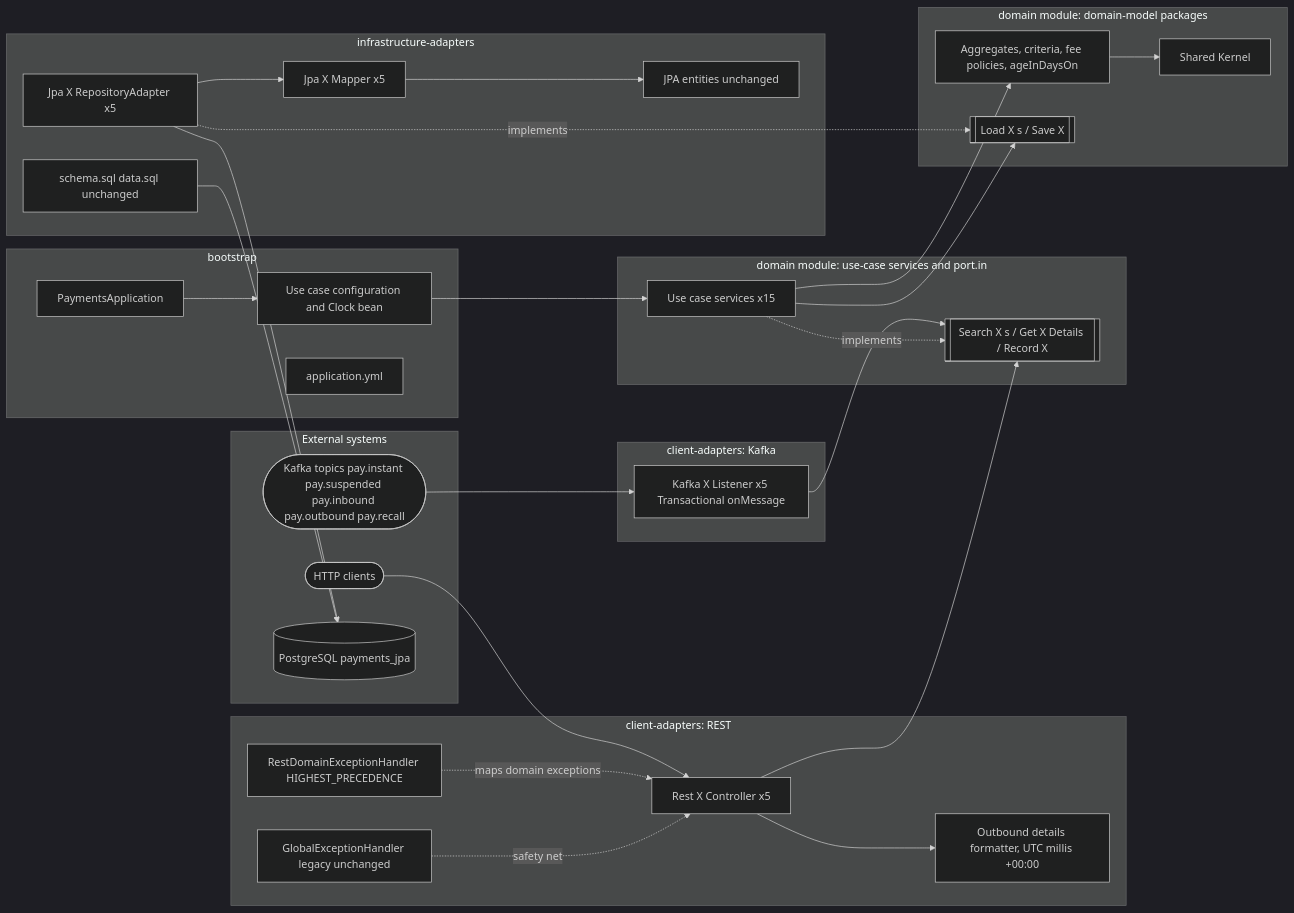
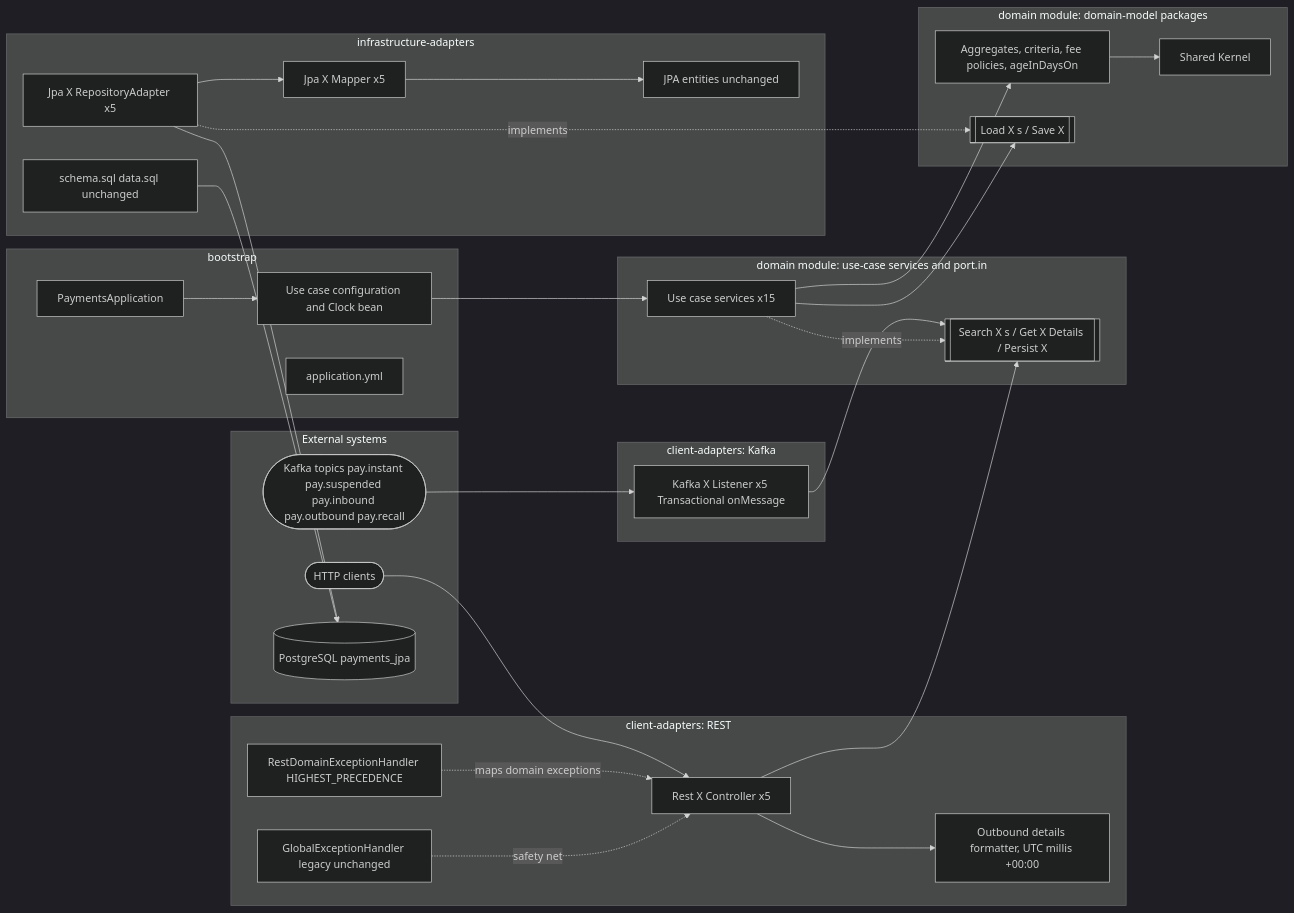
Before and after one commit to kevin-llps/payments-hexagonal-architecture-migration-challenge: the first of 5 diagrams in realistic-mess-based-on-jpa-entities-challenge/docs/migration-2026-11-12/technical-layer-design.md, drawn with Mermaid (dark theme). The commit also changed other lines of this file and 9 other files, not shown here.

Commit message:
refactor(jpa): rename Record input ports to Persist in the Suspended context

````diff
--- a/realistic-mess-based-on-jpa-entities-challenge/docs/migration-2026-11-12/technical-layer-design.md
+++ b/realistic-mess-based-on-jpa-entities-challenge/docs/migration-2026-11-12/technical-layer-design.md
@@ -65,55 +65,55 @@
 ```mermaid
 flowchart LR
     subgraph EXT[External systems]
         HTTP([HTTP clients])
         KFK([Kafka topics pay.instant pay.suspended pay.inbound pay.outbound pay.recall])
         PG[(PostgreSQL payments_jpa)]
     end
     subgraph RESTM[client-adapters: REST]
         RC["Rest X Controller x5"]
         RFMT["Outbound details formatter, UTC millis +00:00"]
         RDEH["RestDomainExceptionHandler HIGHEST_PRECEDENCE"]
         GEH["GlobalExceptionHandler legacy unchanged"]
     end
     subgraph KAFM[client-adapters: Kafka]
         KL["Kafka X Listener x5 Transactional onMessage"]
     end
     subgraph APPM[domain module: use-case services and port.in]
-        PIN[["Search X s / Get X Details / Record X"]]
+        PIN[["Search X s / Get X Details / Persist X"]]
         SVC["Use case services x15"]
     end
     subgraph DOMM[domain module: domain-model packages]
         AGG["Aggregates, criteria, fee policies, ageInDaysOn"]
         SK["Shared Kernel"]
         POUT[["Load X s / Save X"]]
     end
     subgraph JPAM[infrastructure-adapters]
         JA["Jpa X RepositoryAdapter x5"]
         JM["Jpa X Mapper x5"]
         ENT["JPA entities unchanged"]
         SQL["schema.sql data.sql unchanged"]
     end
     subgraph BOOT[bootstrap]
         APPCLS["PaymentsApplication"]
         CFG["Use case configuration and Clock bean"]
         YML["application.yml"]
     end
     HTTP --> RC
     KFK --> KL
     RC --> PIN
     RC --> RFMT
     KL --> PIN
     SVC -. implements .-> PIN
     SVC --> AGG
     SVC --> POUT
     AGG --> SK
     JA -. implements .-> POUT
     JA --> JM
     JM --> ENT
     JA --> PG
     SQL --> PG
     RDEH -. maps domain exceptions .-> RC
     GEH -. safety net .-> RC
     CFG --> SVC
     APPCLS --> CFG
 ```
````
